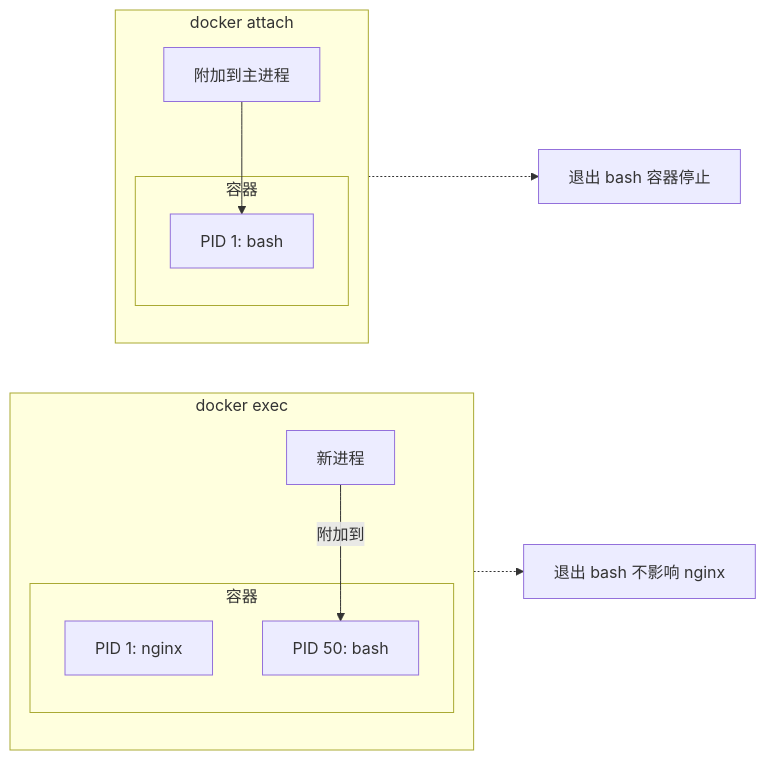
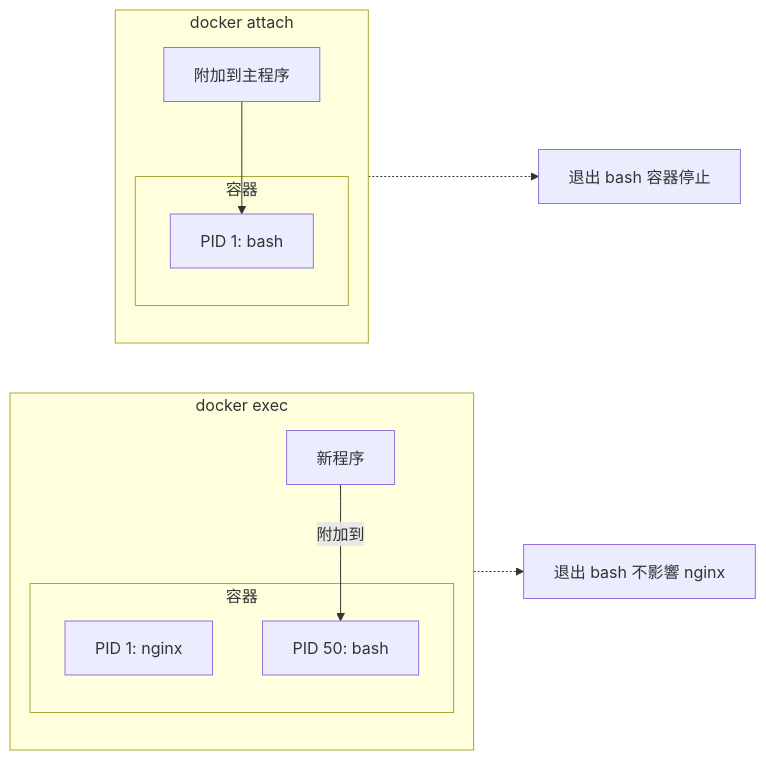
The second of 2 diagrams in 05_container/5.4_attach_exec.md (alexkuoecity/docker-practice-master-zh-tw), drawn with Mermaid before and after one commit. The commit also changed other lines of this file and 200 other files, not shown here.

````diff
--- a/05_container/5.4_attach_exec.md
+++ b/05_container/5.4_attach_exec.md
@@ -190,24 +190,24 @@
 ```mermaid
 flowchart LR
     subgraph Exec ["docker exec"]
         direction TB
         subgraph Container1 ["容器"]
             E_PID1["PID 1: nginx"]
             E_PID50["PID 50: bash"]
         end
-        NewProc["新进程"] -- 附加到 --> E_PID50
+        NewProc["新程序"] -- 附加到 --> E_PID50
     end
 
     subgraph Attach ["docker attach"]
         direction TB
         subgraph Container2 ["容器"]
             A_PID1["PID 1: bash"]
         end
-        MainProc["附加到主进程"] --> A_PID1
+        MainProc["附加到主程序"] --> A_PID1
     end
 
-    note1["退出 bash 不影响 nginx"]
+    note1["退出 bash 不影響 nginx"]
     note2["退出 bash 容器停止"]
     Container1 -.-> note1
     Container2 -.-> note2
 ```
````
